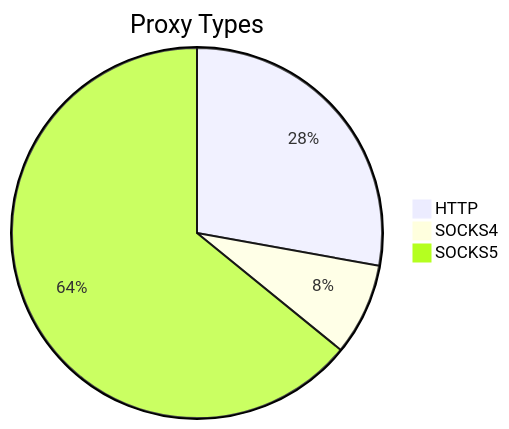
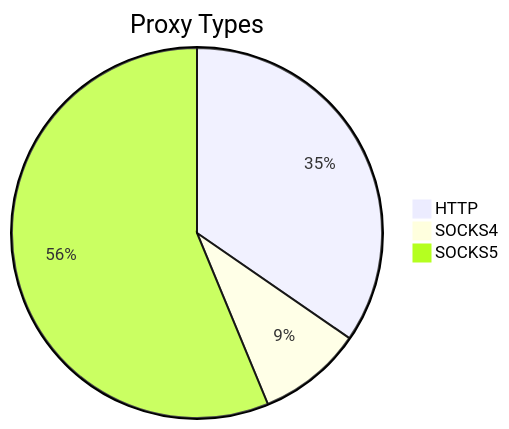
One commit to stormsia/proxy-list changed the first of 2 diagrams in README.md. Above: the diagram before and after it, drawn with Mermaid. The commit also changed other lines of this file, not shown here.

````diff
--- a/README.md
+++ b/README.md
@@ -21,6 +21,6 @@
 ```mermaid
 pie title Proxy Types
-    "HTTP" : 669
-    "SOCKS4" : 193
-    "SOCKS5" : 1541
+    "HTTP" : 288
+    "SOCKS4" : 76
+    "SOCKS5" : 468
 ```
````
